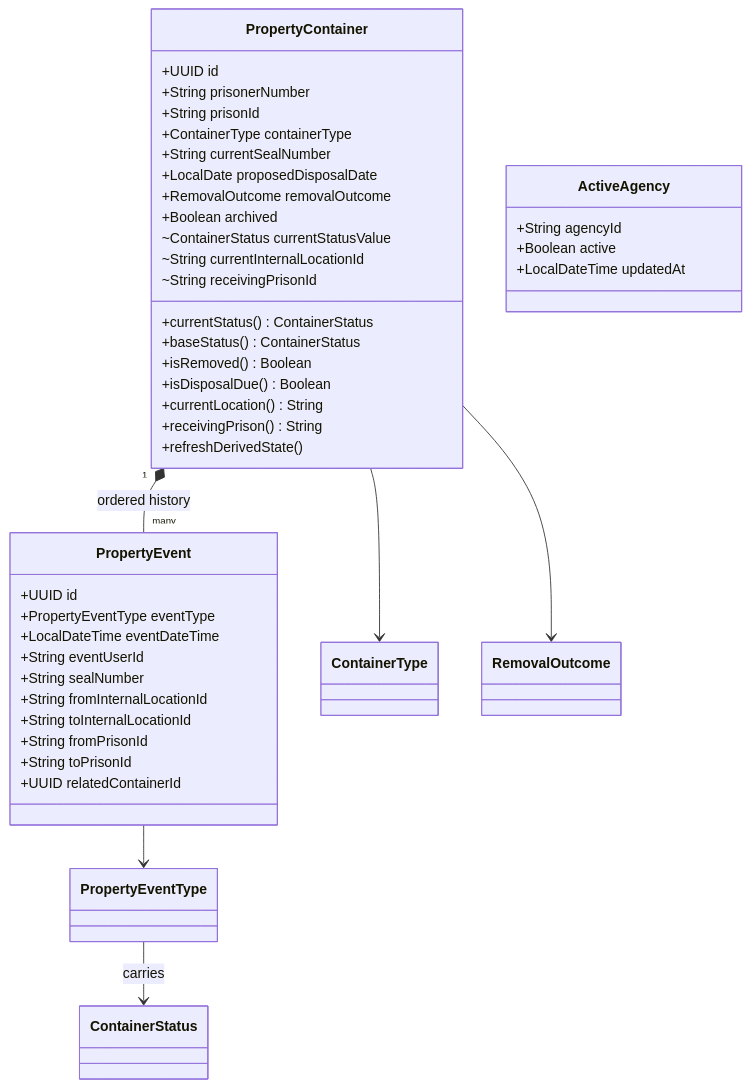
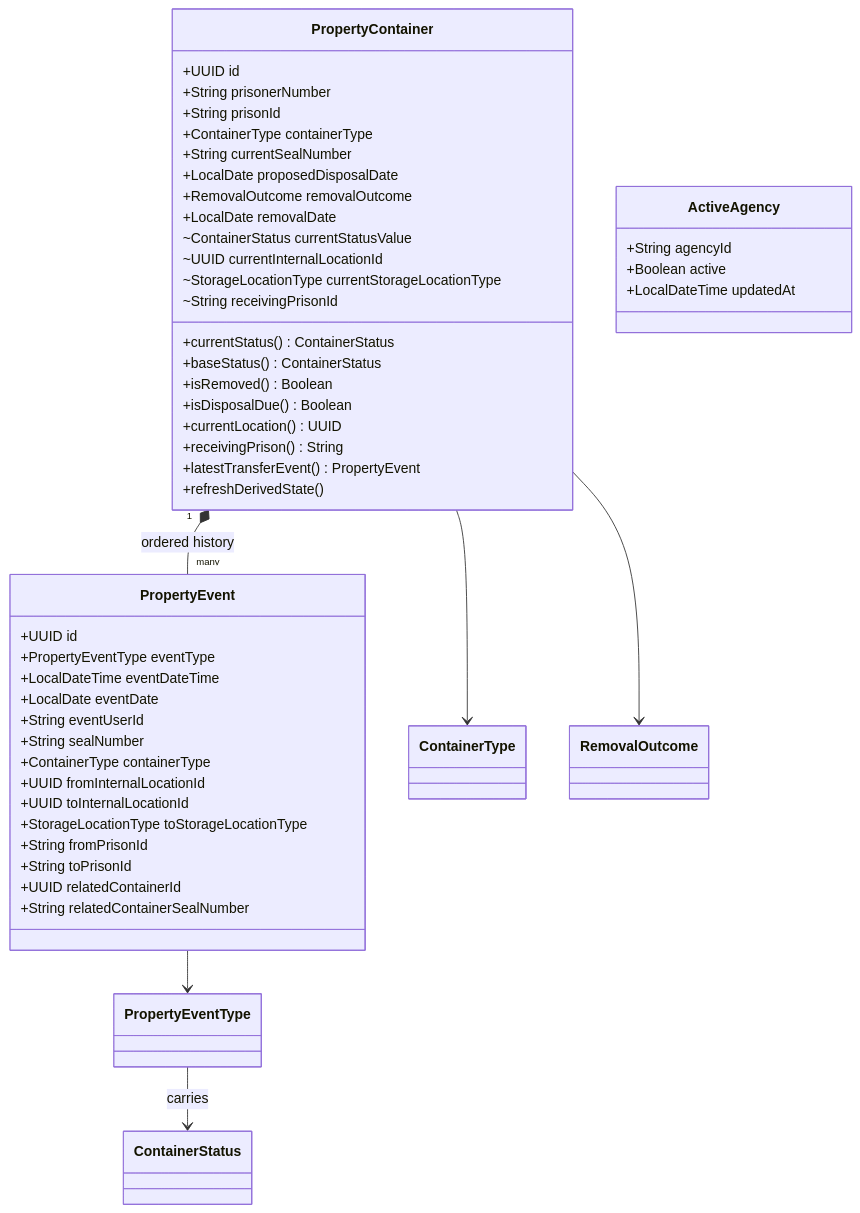
Before and after one commit to ministryofjustice/hmpps-prisoner-property-api: the sixth of 6 diagrams in docs/architecture.md, drawn with Mermaid. The commit also changed other lines of this file and 6 other files, not shown here.

````diff
--- a/docs/architecture.md
+++ b/docs/architecture.md
@@ -288,48 +301,54 @@
 ```mermaid
 classDiagram
     class PropertyContainer {
         +UUID id
         +String prisonerNumber
         +String prisonId
         +ContainerType containerType
         +String currentSealNumber
         +LocalDate proposedDisposalDate
         +RemovalOutcome removalOutcome
-        +Boolean archived
+        +LocalDate removalDate
         ~ContainerStatus currentStatusValue
-        ~String currentInternalLocationId
+        ~UUID currentInternalLocationId
+        ~StorageLocationType currentStorageLocationType
         ~String receivingPrisonId
         +currentStatus() ContainerStatus
         +baseStatus() ContainerStatus
         +isRemoved() Boolean
         +isDisposalDue() Boolean
-        +currentLocation() String
+        +currentLocation() UUID
         +receivingPrison() String
+        +latestTransferEvent() PropertyEvent
         +refreshDerivedState()
     }
 
     class PropertyEvent {
         +UUID id
         +PropertyEventType eventType
         +LocalDateTime eventDateTime
+        +LocalDate eventDate
         +String eventUserId
         +String sealNumber
-        +String fromInternalLocationId
-        +String toInternalLocationId
+        +ContainerType containerType
+        +UUID fromInternalLocationId
+        +UUID toInternalLocationId
+        +StorageLocationType toStorageLocationType
         +String fromPrisonId
         +String toPrisonId
         +UUID relatedContainerId
+        +String relatedContainerSealNumber
     }
 
     class ActiveAgency {
         +String agencyId
         +Boolean active
         +LocalDateTime updatedAt
     }
 
     PropertyContainer "1" *-- "many" PropertyEvent : ordered history
     PropertyEvent --> PropertyEventType
     PropertyContainer --> ContainerType
     PropertyContainer --> RemovalOutcome
     PropertyEventType --> ContainerStatus : carries
 ```
````
